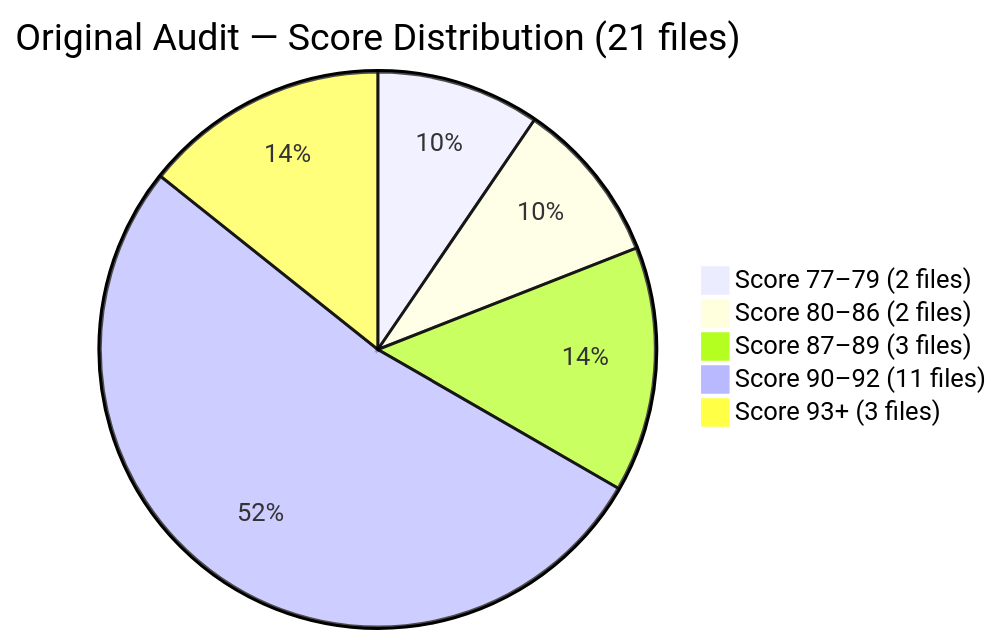
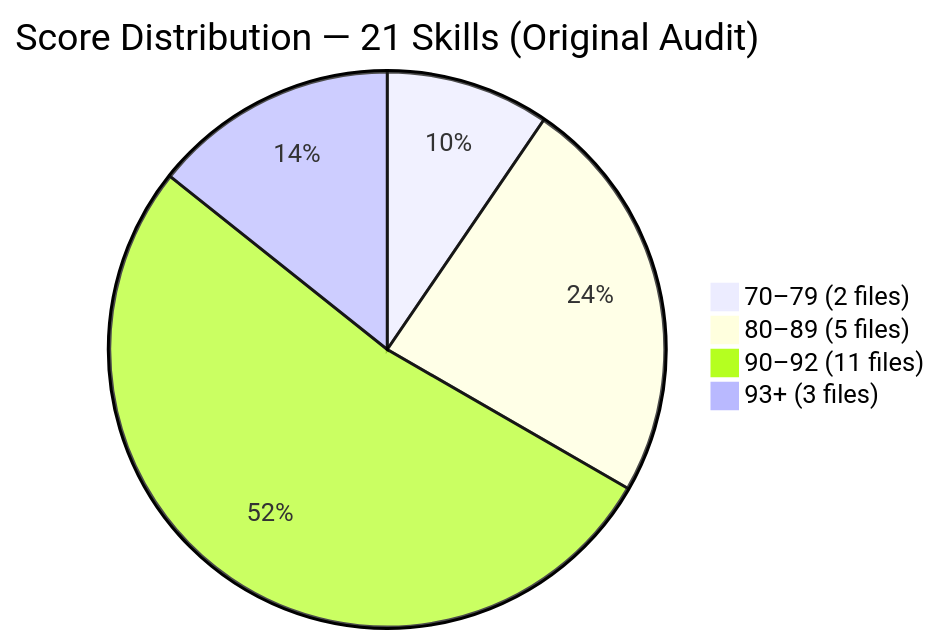
The first of 3 diagrams in case-studies/2026-05-07-kubesphere-kubesphere.md (deusyu/nlpm), drawn with Mermaid before and after one commit. The commit also changed other lines of this file and 5 other files, not shown here.

````diff
--- a/case-studies/2026-05-07-kubesphere-kubesphere.md
+++ b/case-studies/2026-05-07-kubesphere-kubesphere.md
@@ -17,8 +23,7 @@
 ```mermaid
-pie title Original Audit — Score Distribution (21 files)
-    "Score 77–79 (2 files)" : 2
-    "Score 80–86 (2 files)" : 2
-    "Score 87–89 (3 files)" : 3
-    "Score 90–92 (11 files)" : 11
-    "Score 93+ (3 files)" : 3
+pie title Score Distribution — 21 Skills (Original Audit)
+    "70–79 (2 files)" : 2
+    "80–89 (5 files)" : 5
+    "90–92 (11 files)" : 11
+    "93+ (3 files)" : 3
 ```
````
